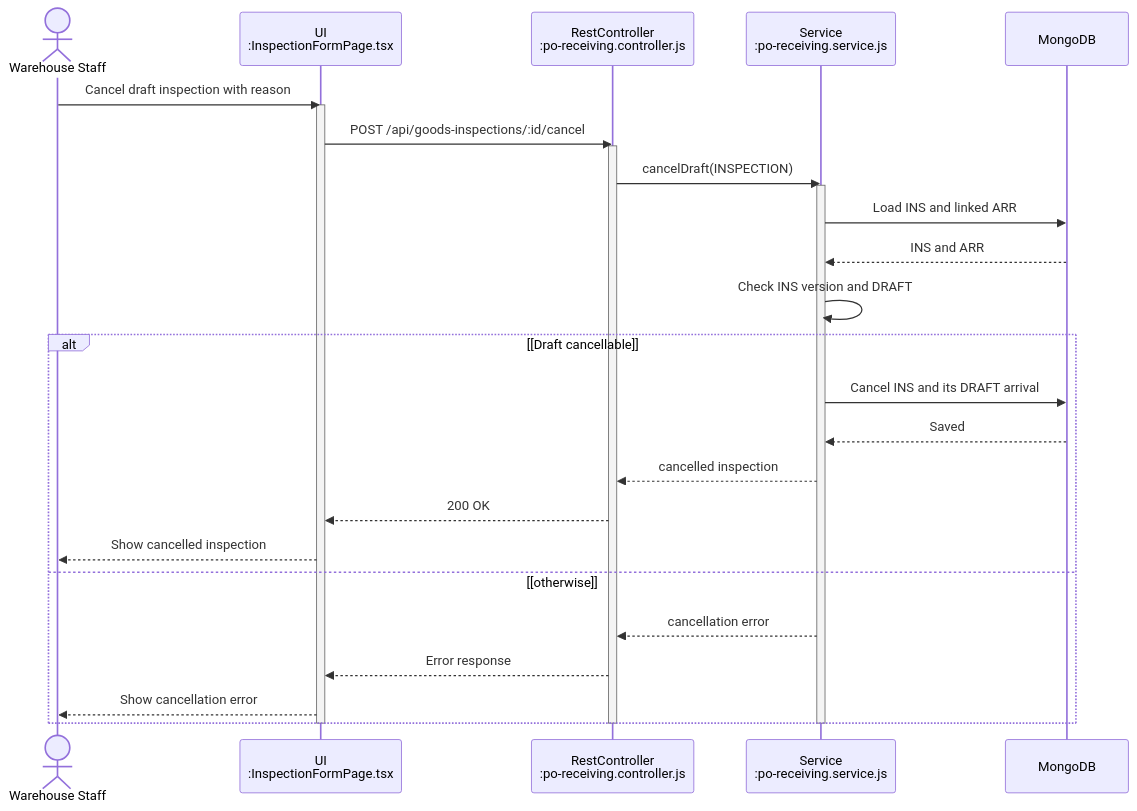
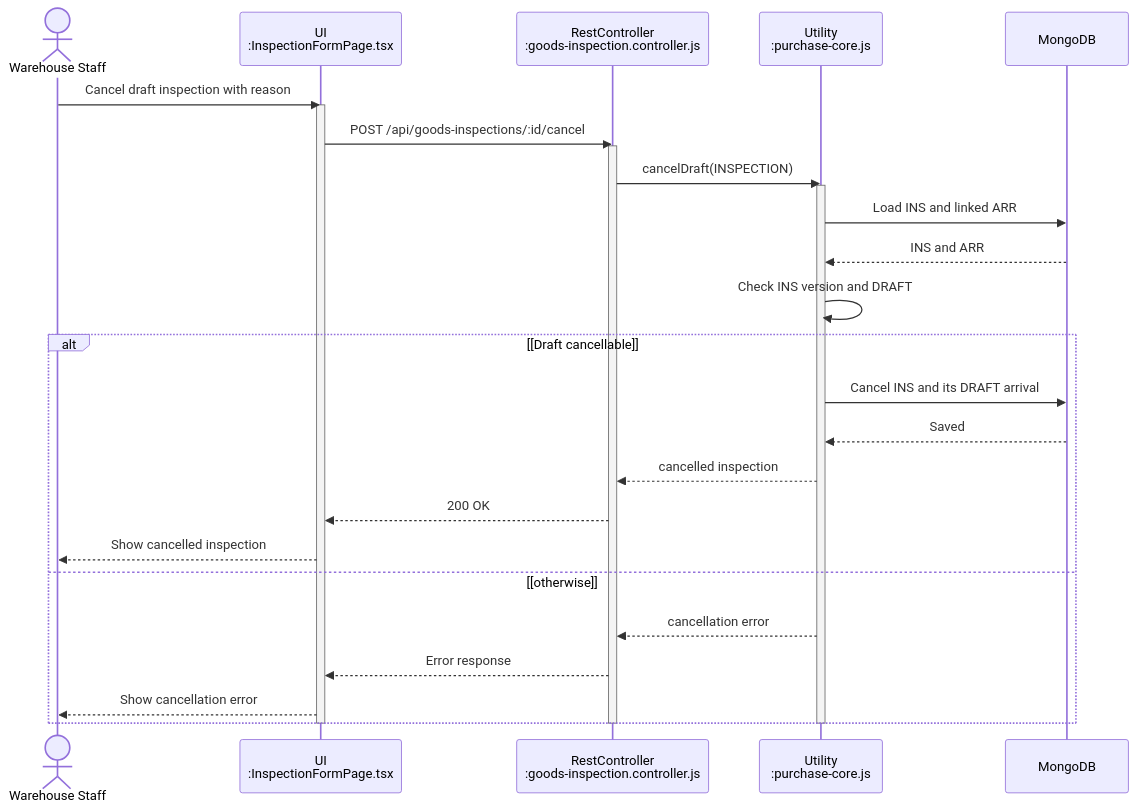
One commit to bupbalabup/wmsd_be changed diagram 19 of 46 in git_doc/docs/01_bao_cao/WMSD_Report4_Draft.md. Above: the diagram before and after it, drawn with Mermaid. The commit also changed other lines of this file and 29 other files, not shown here.

````diff
--- a/git_doc/docs/01_bao_cao/WMSD_Report4_Draft.md
+++ b/git_doc/docs/01_bao_cao/WMSD_Report4_Draft.md
@@ -1339,31 +1336,31 @@
 ```mermaid
 sequenceDiagram
   actor X as Warehouse Staff
   participant U as UI<br/>:InspectionFormPage.tsx
-  participant A as RestController<br/>:po-receiving.controller.js
-  participant S as Service<br/>:po-receiving.service.js
+  participant A as RestController<br/>:goods-inspection.controller.js
+  participant S as Utility<br/>:purchase-core.js
   participant D as MongoDB
   X->>U: Cancel draft inspection with reason
   activate U
   U->>A: POST /api/goods-inspections/:id/cancel
   activate A
   A->>S: cancelDraft(INSPECTION)
   activate S
   S->>D: Load INS and linked ARR
   D-->>S: INS and ARR
   S->>S: Check INS version and DRAFT
   alt [Draft cancellable]
     S->>D: Cancel INS and its DRAFT arrival
     D-->>S: Saved
     S-->>A: cancelled inspection
     A-->>U: 200 OK
     U-->>X: Show cancelled inspection
   else [otherwise]
     S-->>A: cancellation error
     A-->>U: Error response
     U-->>X: Show cancellation error
   end
   deactivate S
   deactivate A
   deactivate U
 ```
````
